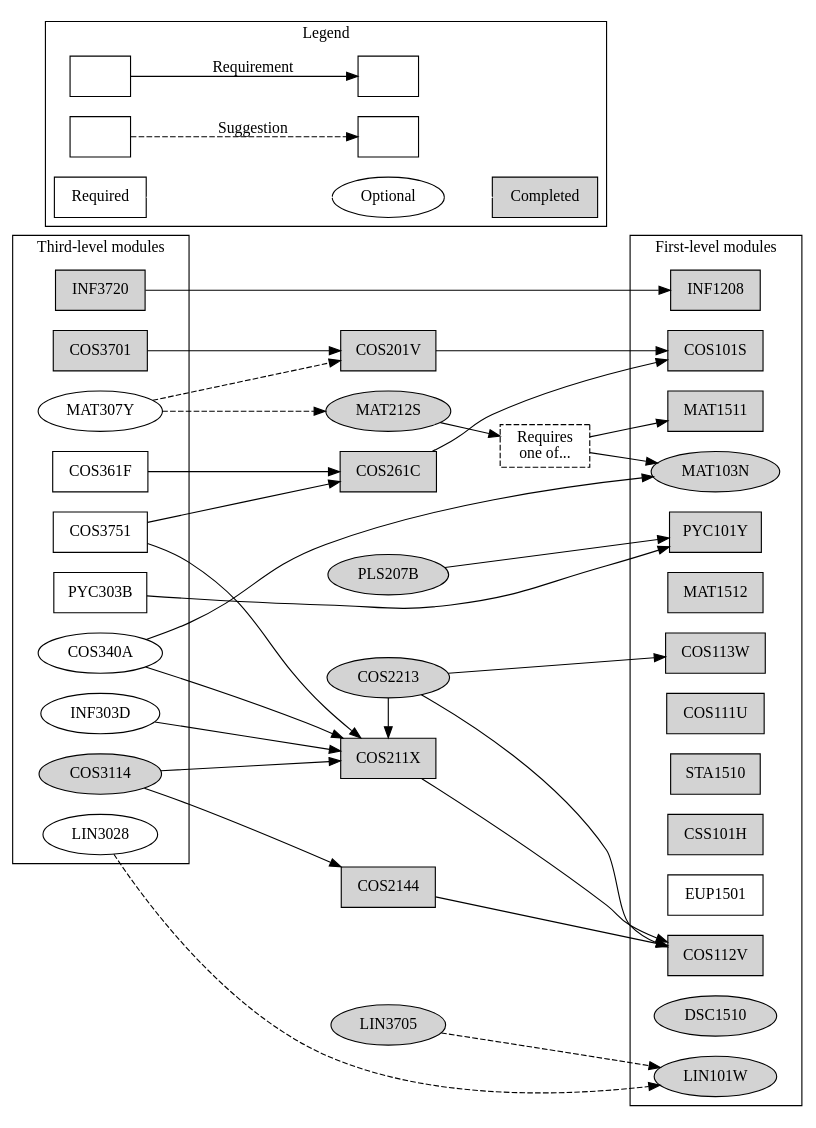
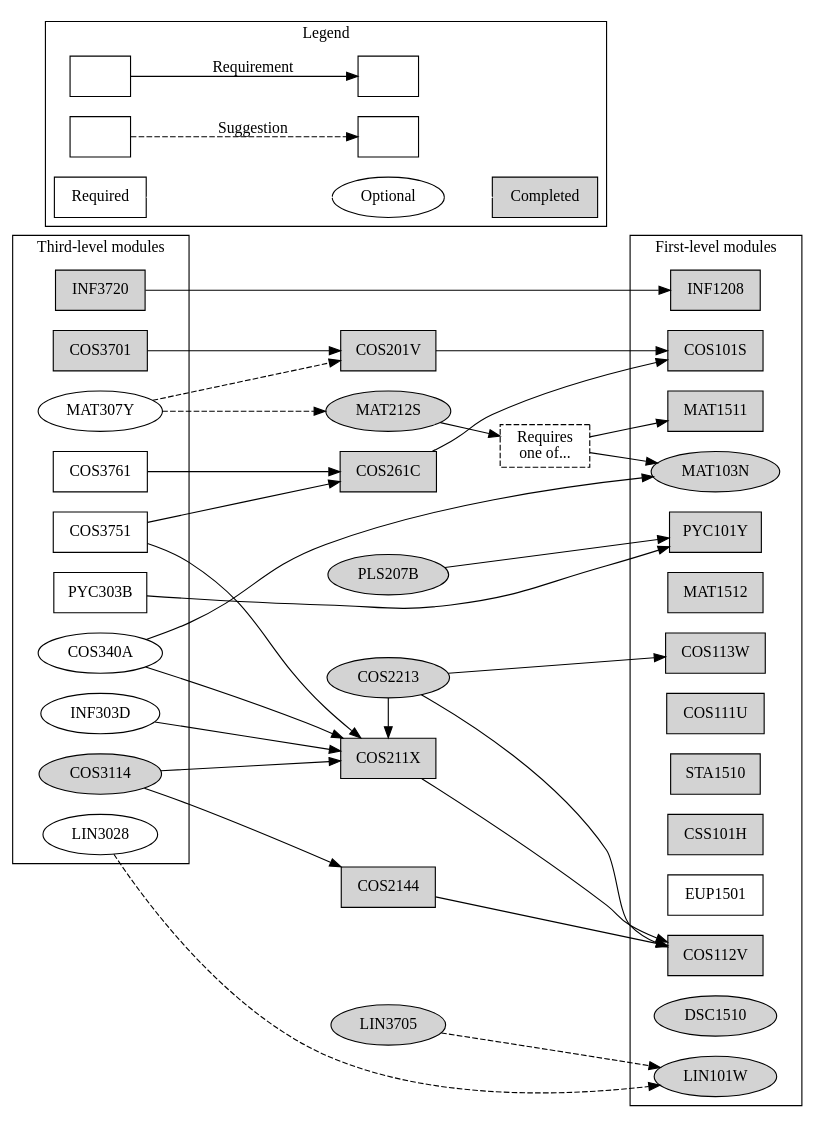
Before and after one commit to apauley/unisa-module-graph: the diagram in ComputationalIntelligence.dot, drawn with Graphviz. The commit also changed 1 other file, not shown here.

Commit message:
Rename Formal Logic 3 to COS3761

```diff
--- a/ComputationalIntelligence.dot
+++ b/ComputationalIntelligence.dot
@@ -1,89 +1,89 @@
 digraph ComputationalIntelligence {
     node [shape=box];
     rankdir=LR;
 
     subgraph cluster3 {
         label = "Third-level modules";
 
         {rank=same;
         COS3701 [style=filled]
         INF3720 [style=filled]
         COS3751
-        COS361F
+        COS3761
         PYC303B}
 
         {rank=same; node [shape=ellipse];
         COS3114 [style=filled]
         MAT307Y COS340A
         INF303D
         LIN3028}
     }
 
     {rank=same; node [style=filled];
     COS201V COS211X COS261C COS2144}
 
     {rank=same; node [style=filled]; node [shape=ellipse];
     PLS207B MAT212S COS2213 LIN3705}
 
     MAT103OR151 [label="Requires\none of...", style=dashed];
 
     subgraph cluster1 {
         label = "First-level modules";
 
         {rank=same;
         {node [style=filled];
               COS101S COS112V COS113W INF1208 MAT1511 MAT1512
               PYC101Y COS111U STA1510 CSS101H}
         EUP1501}
 
         {rank=same; node [shape=ellipse];
             {node [style=filled];
                 MAT103N DSC1510 LIN101W}}
     }
 
 
     subgraph cluster0 {
         rankdir=LR;
         label = "Legend";
 
         Module1 [label=""];
         Module2 [label=""];
         Module3 [label=""];
         Module4 [label=""];
         Module2 -> Module1 [label="Requirement"]
         Module4 -> Module3 [label="Suggestion", style=dashed]
 
         Required;
         Completed [style=filled];
         Optional [shape=ellipse];
         Required -> Optional [color=white];
         Optional -> Completed [color=white];
     }
 
 
     COS3701 -> {COS201V}
     INF3720 -> {INF1208}
     COS3751 -> {COS211X COS261C}
-    COS361F -> {COS261C}
+    COS3761 -> {COS261C}
     PYC303B -> {PYC101Y}
 
     COS3114 -> {COS211X COS2144}
     MAT307Y -> {MAT212S COS201V} [style=dashed]
     INF303D -> {COS211X}
     LIN3028 -> {LIN101W} [style=dashed]
     COS340A -> {COS211X MAT103N}
 
 
     COS201V -> {COS101S}
     COS211X -> {COS112V}
     COS261C -> {COS101S}
     COS2144 -> {COS112V}
 
     {rank=same; COS2213 COS211X}
     COS2213 -> {COS112V COS113W}
     COS2213 -> {COS211X}
     MAT212S -> {MAT103OR151}
     MAT103OR151 -> {MAT103N MAT1511}
     LIN3705 -> {LIN101W} [style=dashed]
     PLS207B -> {PYC101Y}
 }
```
